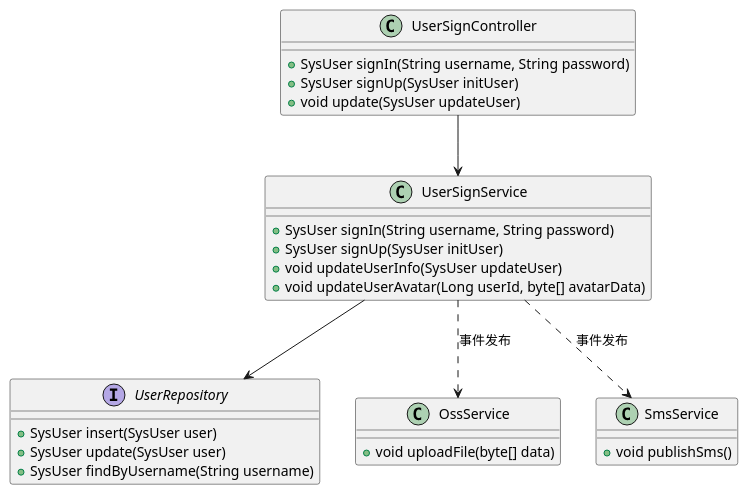
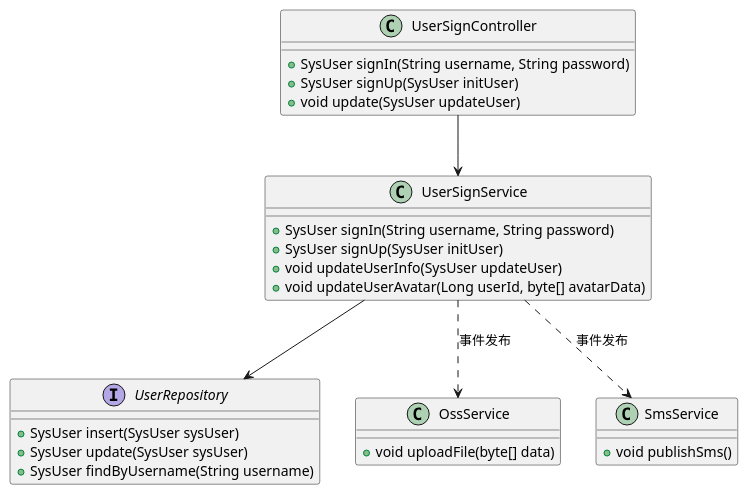
One commit to Etherealss/nowander changed the diagram in docs/uml/通用功能模块/类图.puml. Above: the diagram before and after it, drawn with PlantUML. The commit also changed 173 other files, not shown here.

```diff
--- a/docs/uml/通用功能模块/类图.puml
+++ b/docs/uml/通用功能模块/类图.puml
@@ -1,30 +1,30 @@
 @startuml
 
 class UserSignController {
     + SysUser signIn(String username, String password)
     + SysUser signUp(SysUser initUser)
     + void update(SysUser updateUser)
 }
 class UserSignService {
     + SysUser signIn(String username, String password)
     + SysUser signUp(SysUser initUser)
     + void updateUserInfo(SysUser updateUser)
     + void updateUserAvatar(Long userId, byte[] avatarData)
 }
 interface UserRepository {
-    + SysUser insert(SysUser user)
-    + SysUser update(SysUser user)
+    + SysUser insert(SysUser sysUser)
+    + SysUser update(SysUser sysUser)
     + SysUser findByUsername(String username)
 }
 class OssService {
     + void uploadFile(byte[] data)
 }
 class SmsService {
     + void publishSms()
 }
 UserSignController --> UserSignService
 UserSignService --> UserRepository
 UserSignService ..> OssService : 事件发布
 UserSignService ..> SmsService : 事件发布
 
 @enduml
```
